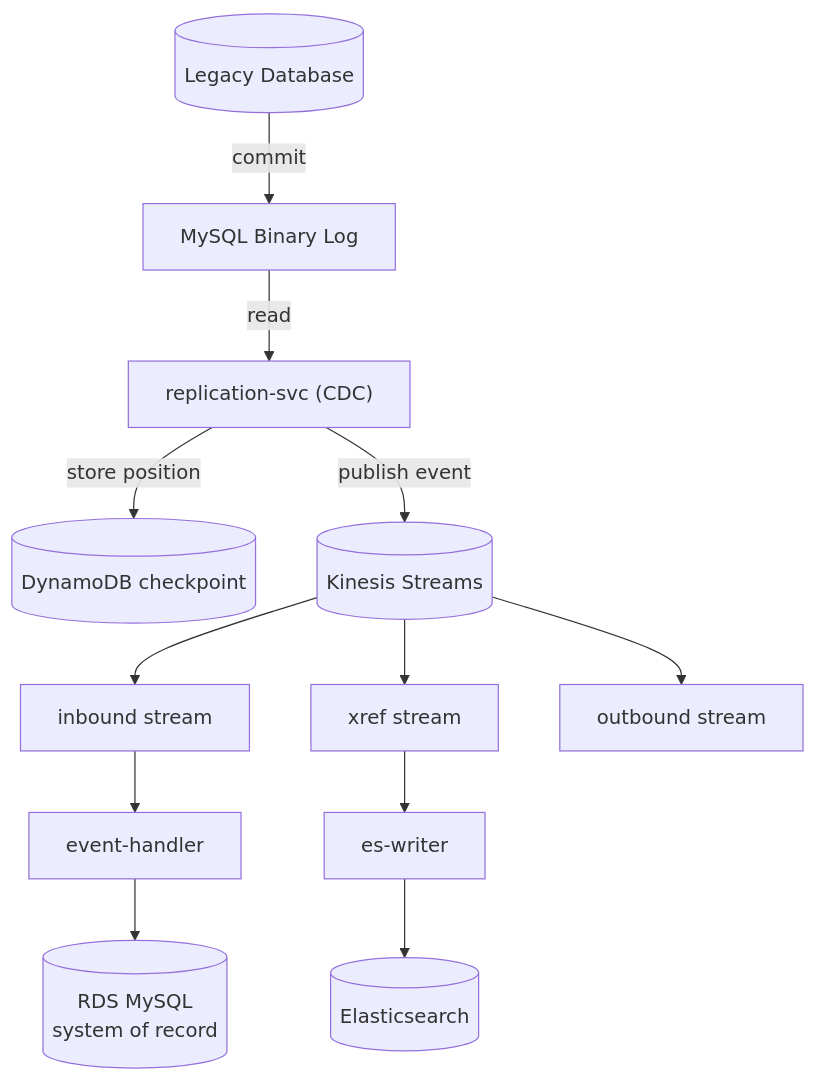
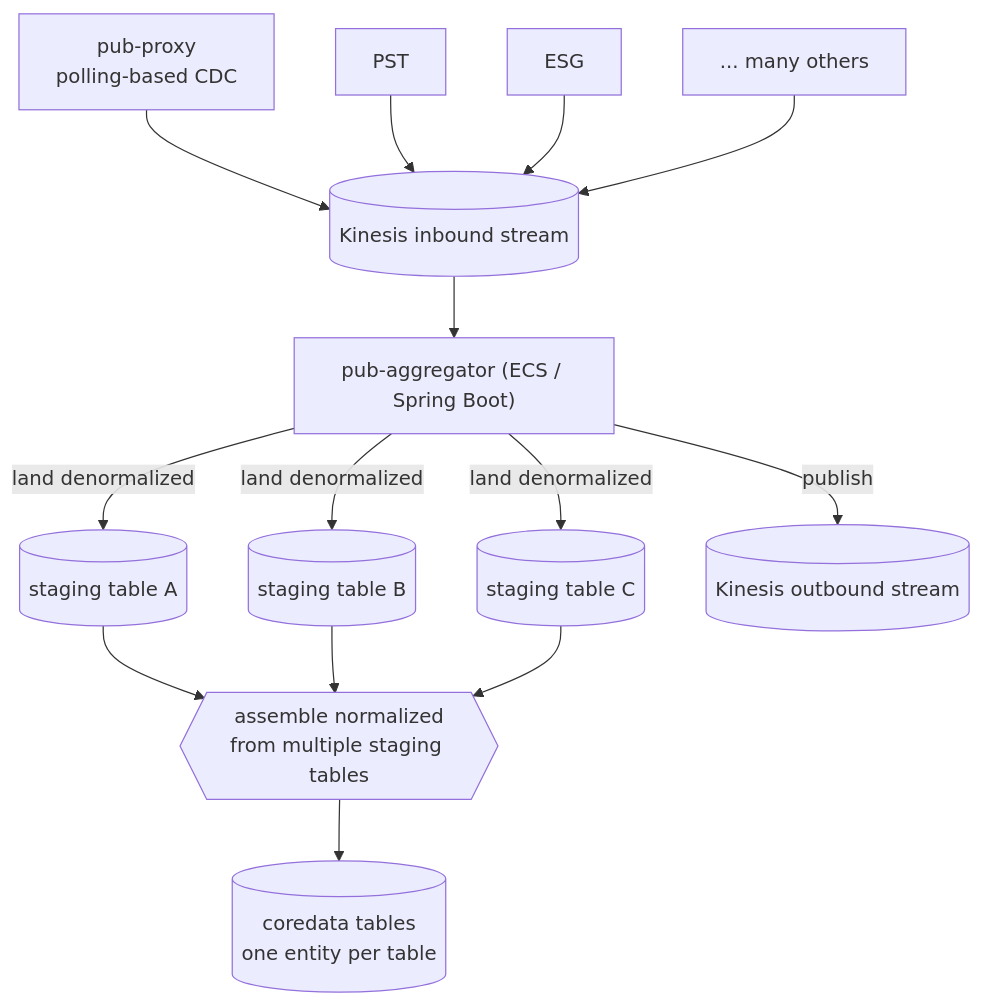
One commit to pprakashbh/puneet_wellington_account_screening changed the second of 7 diagrams in Technical Skills/CoreDataPlatform.md. Above: the diagram before and after it, drawn with Mermaid. The commit also changed other lines of this file, not shown here.

Commit message:
Updated Technical Diagram

````diff
--- a/Technical Skills/CoreDataPlatform.md
+++ b/Technical Skills/CoreDataPlatform.md
@@ -106,14 +100,19 @@
 ```mermaid
 flowchart TD
-    Legacy[("Legacy Database")] -- commit --> Binlog["MySQL Binary Log"]
-    Binlog -- read --> CDC["replication-svc (CDC)"]
-    CDC -- store position --> Checkpoint[("DynamoDB checkpoint")]
-    CDC -- publish event --> Kafka[("Kinesis Streams")]
-    Kafka --> Inbound["inbound stream"]
-    Kafka --> Xref["xref stream"]
-    Kafka --> Outbound["outbound stream"]
-    Inbound --> EH["event-handler"]
-    Xref --> ESW["es-writer"]
-    EH --> MySQL[("RDS MySQL<br/>system of record")]
-    ESW --> ES[("Elasticsearch")]
+    Proxy["pub-proxy<br/>polling-based CDC"] --> Inbound[("Kinesis inbound stream")]
+    PST["PST"] --> Inbound
+    ESG["ESG"] --> Inbound
+    More["... many others"] --> Inbound
+    Inbound --> Agg["pub-aggregator (ECS / Spring Boot)"]
+
+    Agg -- land denormalized --> S1[("staging table A")]
+    Agg -- land denormalized --> S2[("staging table B")]
+    Agg -- land denormalized --> S3[("staging table C")]
+
+    S1 --> Build{{"assemble normalized<br/>from multiple staging tables"}}
+    S2 --> Build
+    S3 --> Build
+    Build --> Core[("coredata tables<br/>one entity per table")]
+
+    Agg -- publish --> Outbound[("Kinesis outbound stream")]
 ```
````
